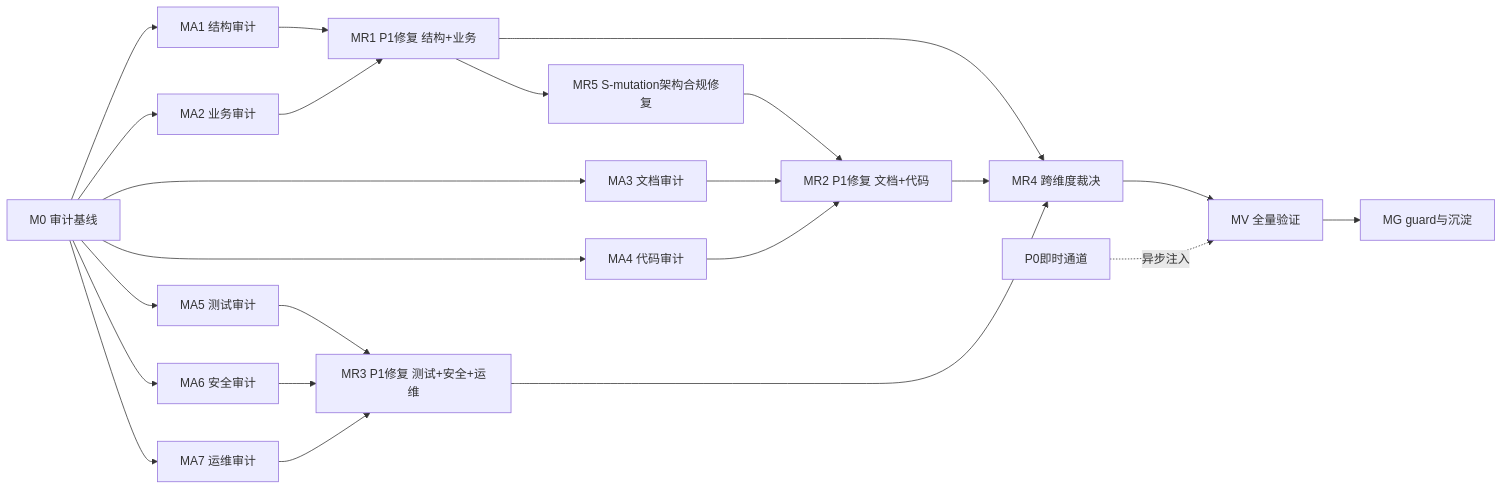
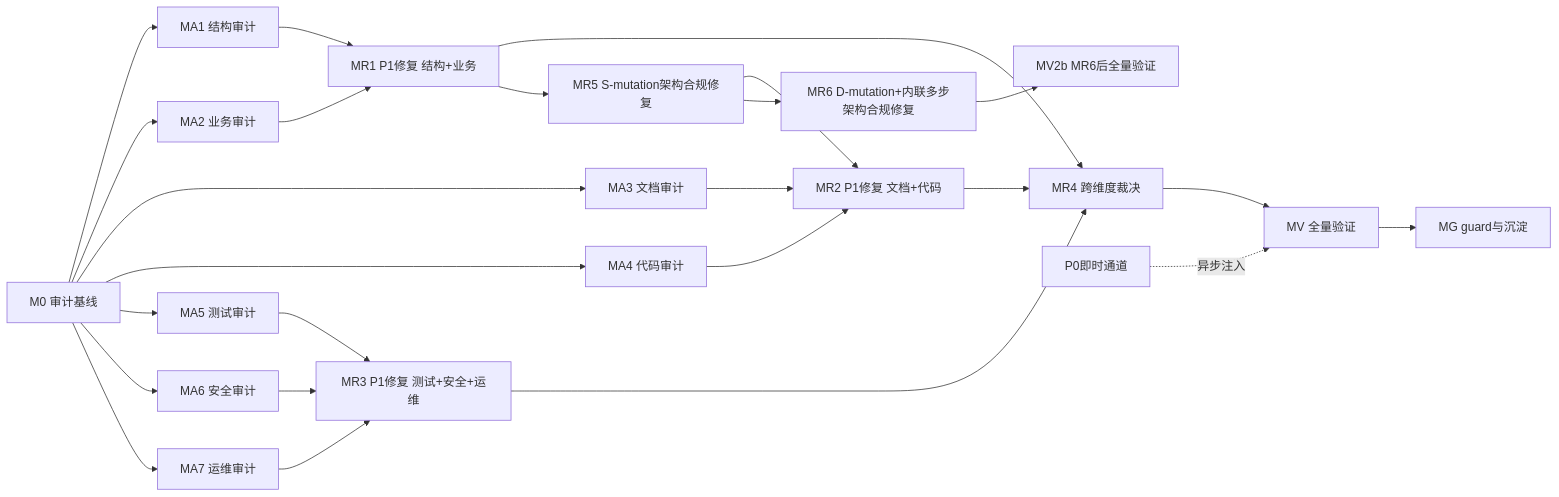
The diagram in docs/backlog/audit-remediation-roadmap.md (entropy-cloud/nop-app-erp), drawn with Mermaid before and after one commit. The commit also changed other lines of this file and 4 other files, not shown here.

First line of the commit message:
docs(audit-remediation): plan-2026-07-31-2109 docs/log/roadmap update

````diff
--- a/docs/backlog/audit-remediation-roadmap.md
+++ b/docs/backlog/audit-remediation-roadmap.md
@@ -350,25 +396,27 @@
 ```mermaid
 graph LR
     M0[M0 审计基线] --> MA1[MA1 结构审计]
     M0 --> MA2[MA2 业务审计]
     M0 --> MA3[MA3 文档审计]
     M0 --> MA4[MA4 代码审计]
     M0 --> MA5[MA5 测试审计]
     M0 --> MA6[MA6 安全审计]
     M0 --> MA7[MA7 运维审计]
     MA1 --> MR1[MR1 P1修复 结构+业务]
     MA2 --> MR1
     MA3 --> MR2[MR2 P1修复 文档+代码]
     MA4 --> MR2
     MA5 --> MR3[MR3 P1修复 测试+安全+运维]
     MA6 --> MR3
     MA7 --> MR3
     MR1 --> MR4[MR4 跨维度裁决]
     MR2 --> MR4
     MR3 --> MR4
     MR4 --> MV[MV 全量验证]
     MV --> MG[MG guard与沉淀]
     MR1 --> MR5[MR5 S-mutation架构合规修复]
     MR5 --> MR2
+    MR5 --> MR6[MR6 D-mutation+内联多步架构合规修复]
+    MR6 --> MV2b[MV2b MR6后全量验证]
     P0channel[P0即时通道] -.异步注入.-> MV
 ```
````
